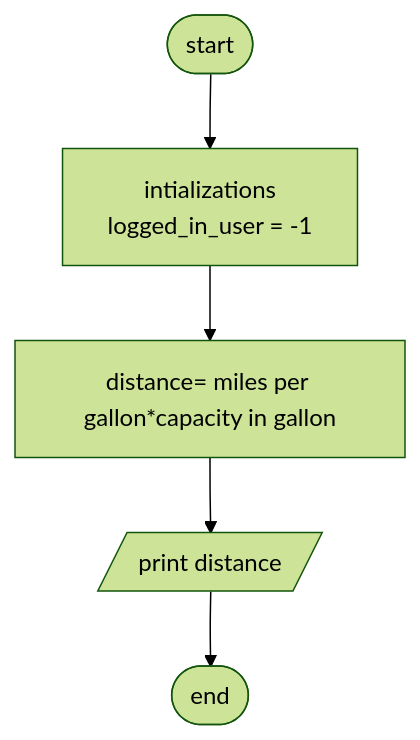
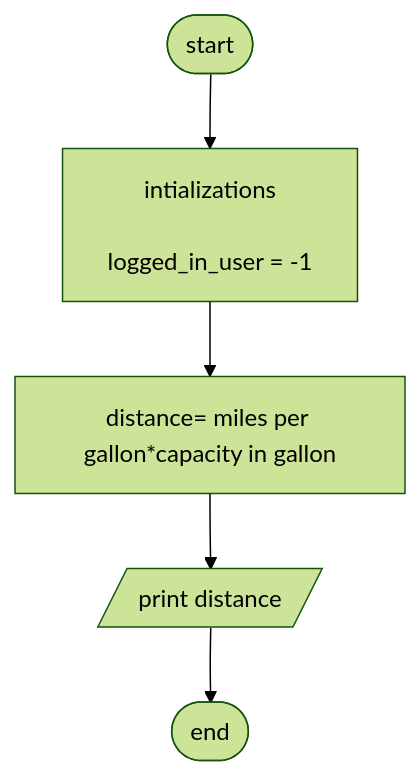
The first of 2 diagrams in FoP I/flowchart.md (Ludis-ET/Bank-Account), drawn with Mermaid (forest theme) before and after one commit.

````diff
--- a/FoP I/flowchart.md
+++ b/FoP I/flowchart.md
@@ -1,7 +1,8 @@
 ```mermaid
     flowchart TD;
-    A([start])-->B["intializations \n logged_in_user = -1"];
+    A([start])-->B["intializations \n 
+    logged_in_user = -1"];
     B-->C["distance= miles per gallon*capacity in gallon"];
     C-->D[/print distance/];
     D-->E([end]);
 ```
````
